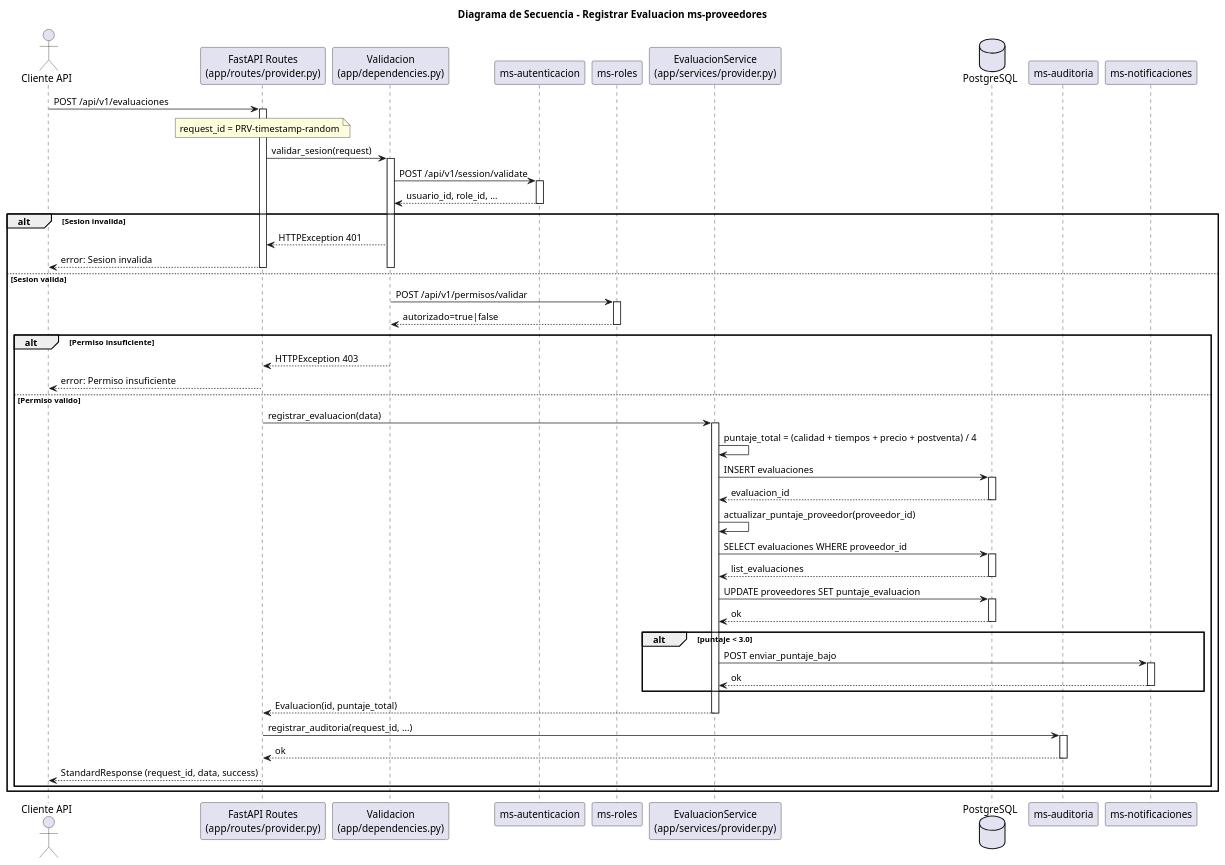
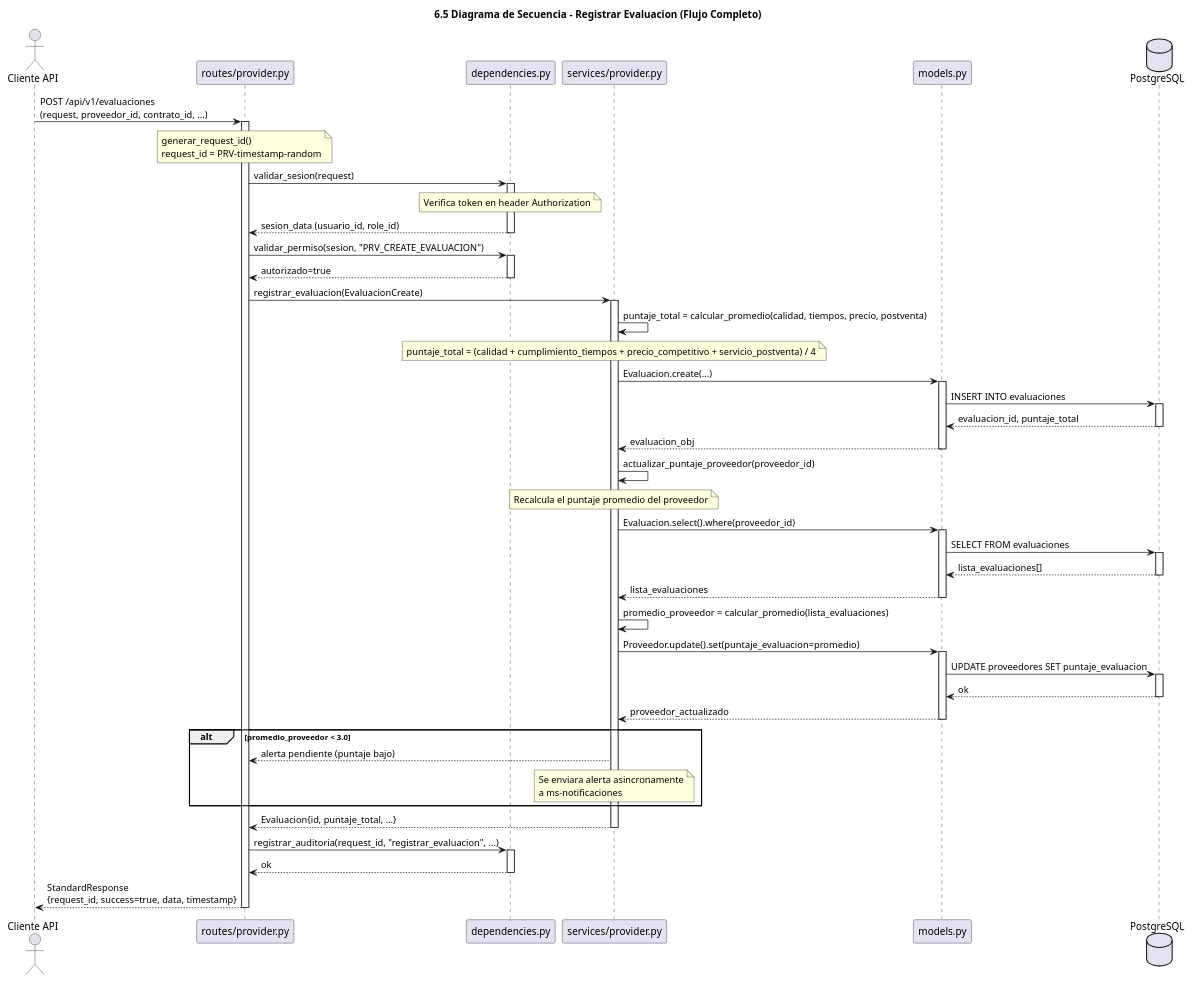
One commit to Reluckycf/ms-proveedores changed the diagram in docs/uml/secuencia_registrar_evaluacion.puml. Above: the diagram before and after it, drawn with PlantUML. The commit also changed 26 other files, not shown here.

Commit message:
modificación final para funcionamiento global y cambios en los diagramas

```diff
--- a/docs/uml/secuencia_registrar_evaluacion.puml
+++ b/docs/uml/secuencia_registrar_evaluacion.puml
@@ -1,86 +1,93 @@
 @startuml
-title Diagrama de Secuencia - Registrar Evaluacion ms-proveedores
+title 6.5 Diagrama de Secuencia - Registrar Evaluacion (Flujo Completo)
 
 actor "Cliente API" as Cliente
-participant "FastAPI Routes\n(app/routes/provider.py)" as API
-participant "Validacion\n(app/dependencies.py)" as Deps
-participant "ms-autenticacion" as AUTH
-participant "ms-roles" as ROLES
-participant "EvaluacionService\n(app/services/provider.py)" as Service
+participant "routes/provider.py" as Routes
+participant "dependencies.py" as Deps
+participant "services/provider.py" as Service
+participant "models.py" as Models
 database "PostgreSQL" as DB
-participant "ms-auditoria" as AUDIT
-participant "ms-notificaciones" as NOTIF
 
-Cliente -> API: POST /api/v1/evaluaciones
-activate API
+Cliente -> Routes: POST /api/v1/evaluaciones\n(request, proveedor_id, contrato_id, ...)
+activate Routes
 
-note over API
-  request_id = PRV-timestamp-random
+note over Routes
+generar_request_id()
+request_id = PRV-timestamp-random
 end note
 
-API -> Deps: validar_sesion(request)
+Routes -> Deps: validar_sesion(request)
 activate Deps
-Deps -> AUTH: POST /api/v1/session/validate
-activate AUTH
-AUTH --> Deps: usuario_id, role_id, ...
-deactivate AUTH
+note over Deps
+Verifica token en header Authorization
+end note
+Deps --> Routes: sesion_data (usuario_id, role_id)
+deactivate Deps
 
-alt Sesion invalida
-  Deps --> API: HTTPException 401
-  API --> Cliente: error: Sesion invalida
-  deactivate Deps
-  deactivate API
-else Sesion valida
-  Deps -> ROLES: POST /api/v1/permisos/validar
-  activate ROLES
-  ROLES --> Deps: autorizado=true|false
-  deactivate ROLES
-  
-  alt Permiso insuficiente
-    Deps --> API: HTTPException 403
-    API --> Cliente: error: Permiso insuficiente
-    deactivate Deps
-    deactivate API
-  else Permiso valido
-    deactivate Deps
-    API -> Service: registrar_evaluacion(data)
-    activate Service
-    
-    Service -> Service: puntaje_total = (calidad + tiempos + precio + postventa) / 4
-    Service -> DB: INSERT evaluaciones
-    activate DB
-    DB --> Service: evaluacion_id
-    deactivate DB
-    
-    Service -> Service: actualizar_puntaje_proveedor(proveedor_id)
-    Service -> DB: SELECT evaluaciones WHERE proveedor_id
-    activate DB
-    DB --> Service: list_evaluaciones
-    deactivate DB
-    
-    Service -> DB: UPDATE proveedores SET puntaje_evaluacion
-    activate DB
-    DB --> Service: ok
-    deactivate DB
-    
-    alt puntaje < 3.0
-      Service -> NOTIF: POST enviar_puntaje_bajo
-      activate NOTIF
-      NOTIF --> Service: ok
-      deactivate NOTIF
-    end
-    
-    Service --> API: Evaluacion(id, puntaje_total)
-    deactivate Service
-    
-    API -> AUDIT: registrar_auditoria(request_id, ...)
-    activate AUDIT
-    AUDIT --> API: ok
-    deactivate AUDIT
-    
-    API --> Cliente: StandardResponse (request_id, data, success)
-    deactivate API
-  end
+Routes -> Deps: validar_permiso(sesion, "PRV_CREATE_EVALUACION")
+activate Deps
+Deps --> Routes: autorizado=true
+deactivate Deps
+
+Routes -> Service: registrar_evaluacion(EvaluacionCreate)
+activate Service
+
+Service -> Service: puntaje_total = calcular_promedio(calidad, tiempos, precio, postventa)
+note over Service
+puntaje_total = (calidad + cumplimiento_tiempos + precio_competitivo + servicio_postventa) / 4
+end note
+
+Service -> Models: Evaluacion.create(...)
+activate Models
+Models -> DB: INSERT INTO evaluaciones
+activate DB
+DB --> Models: evaluacion_id, puntaje_total
+deactivate DB
+Models --> Service: evaluacion_obj
+deactivate Models
+
+Service -> Service: actualizar_puntaje_proveedor(proveedor_id)
+note over Service
+Recalcula el puntaje promedio del proveedor
+end note
+
+Service -> Models: Evaluacion.select().where(proveedor_id)
+activate Models
+Models -> DB: SELECT FROM evaluaciones
+activate DB
+DB --> Models: lista_evaluaciones[]
+deactivate DB
+Models --> Service: lista_evaluaciones
+deactivate Models
+
+Service -> Service: promedio_proveedor = calcular_promedio(lista_evaluaciones)
+
+Service -> Models: Proveedor.update().set(puntaje_evaluacion=promedio)
+activate Models
+Models -> DB: UPDATE proveedores SET puntaje_evaluacion
+activate DB
+DB --> Models: ok
+deactivate DB
+Models --> Service: proveedor_actualizado
+deactivate Models
+
+alt promedio_proveedor < 3.0
+  Service --> Routes: alerta pendiente (puntaje bajo)
+  note over Service
+  Se enviara alerta asincronamente
+  a ms-notificaciones
+  end note
 end
 
+Service --> Routes: Evaluacion{id, puntaje_total, ...}
+deactivate Service
+
+Routes -> Deps: registrar_auditoria(request_id, "registrar_evaluacion", ...)
+activate Deps
+Deps --> Routes: ok
+deactivate Deps
+
+Routes --> Cliente: StandardResponse\n{request_id, success=true, data, timestamp}
+deactivate Routes
+
 @enduml
```
